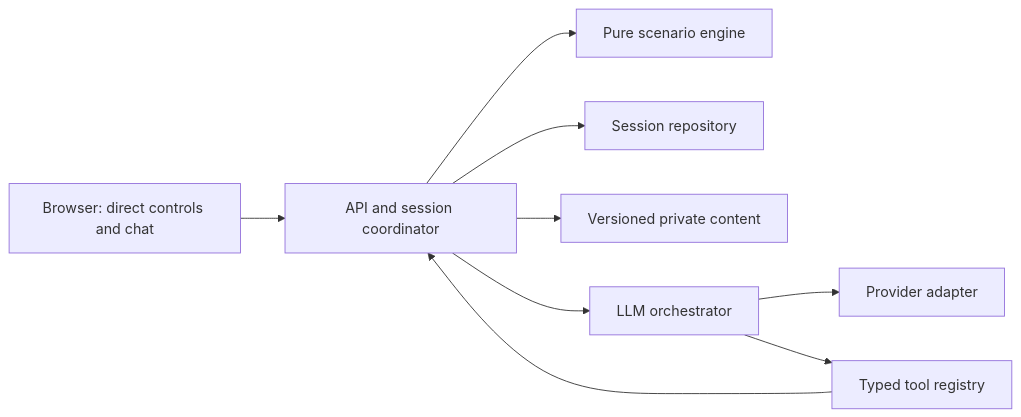
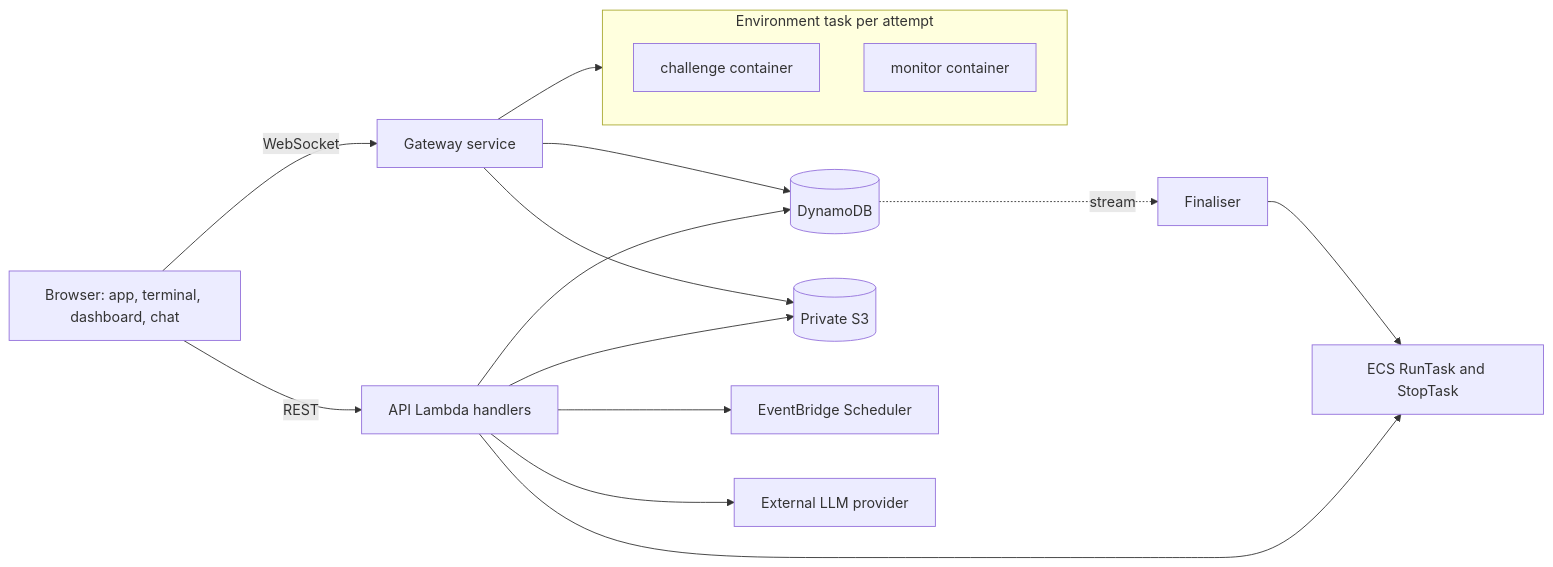
The first of 2 diagrams in docs/architecture.md (ehz0ah/OpsReplay), drawn with Mermaid before and after one commit. The commit also changed other lines of this file and 58 other files, not shown here.

````diff
--- a/docs/architecture.md
+++ b/docs/architecture.md
@@ -8,11 +10,19 @@
 ```mermaid
 flowchart LR
-  UI[Browser: direct controls and chat] --> API[API and session coordinator]
-  API --> Engine[Pure scenario engine]
-  API --> Store[Session repository]
-  API --> Content[Versioned private content]
-  API --> LLM[LLM orchestrator]
-  LLM --> Provider[Provider adapter]
-  LLM --> Tools[Typed tool registry]
-  Tools --> API
+  UI[Browser: app, terminal, dashboard, chat] -->|REST| API[API Lambda handlers]
+  UI -->|WebSocket| GW[Gateway service]
+  API --> DB[(DynamoDB)]
+  API --> S3[(Private S3)]
+  API --> ECS[ECS RunTask and StopTask]
+  API --> SCH[EventBridge Scheduler]
+  API --> LLM[External LLM provider]
+  GW --> DB
+  GW --> S3
+  GW --> ENV
+  subgraph ENV[Environment task per attempt]
+    CH[challenge container]
+    MON[monitor container]
+  end
+  DB -. stream .-> FIN[Finaliser]
+  FIN --> ECS
 ```
````
